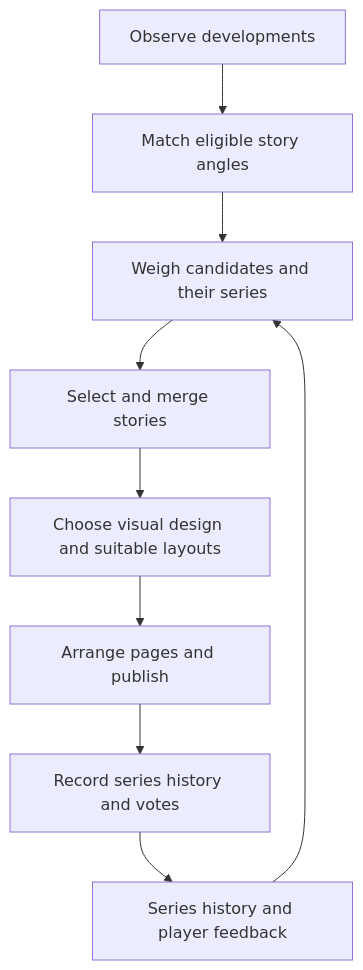
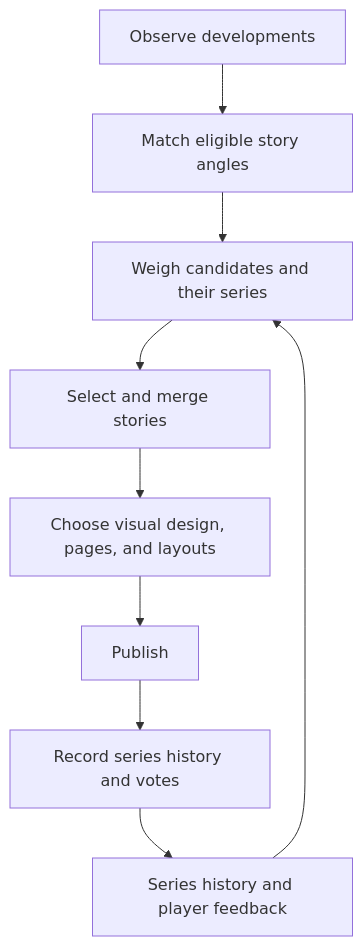
The first of 3 diagrams in docs/plans/newspaper/spec.md (vox-deorum/vox-deorum), drawn with Mermaid before and after one commit. The commit also changed other lines of this file and 5 other files, not shown here.

````diff
--- a/docs/plans/newspaper/spec.md
+++ b/docs/plans/newspaper/spec.md
@@ -88,11 +96,11 @@
 ```mermaid
 flowchart TD
     A[Observe developments] --> B[Match eligible story angles]
     B --> C[Weigh candidates and their series]
     H[Series history and player feedback] --> C
     C --> D[Select and merge stories]
-    D --> E[Choose visual design and suitable layouts]
-    E --> F[Arrange pages and publish]
+    D --> E[Choose visual design, pages, and layouts]
+    E --> F[Publish]
     F --> G[Record series history and votes]
     G --> H
 ```
````
